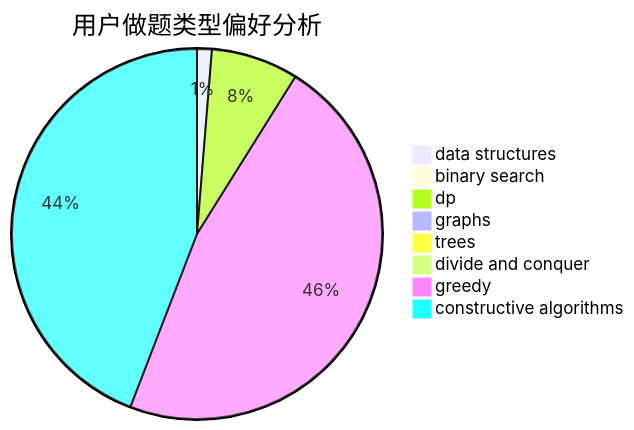
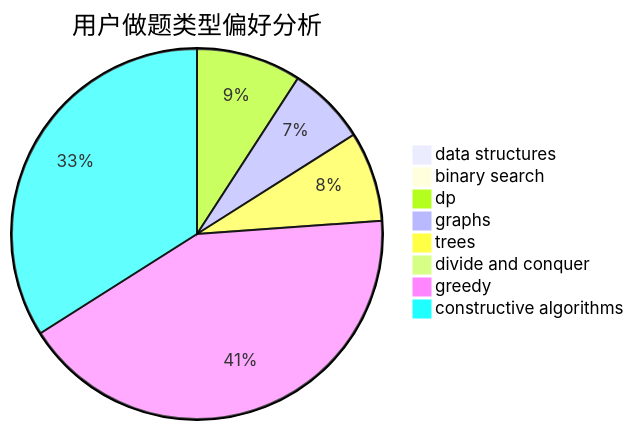
Before and after one commit to sherpahu/cfrs.github.io: the second of 3 diagrams in docs/user/u1914.md, drawn with Mermaid. The commit also changed other lines of this file and 2770 other files, not shown here.

````diff
--- a/docs/user/u1914.md
+++ b/docs/user/u1914.md
@@ -23,11 +23,11 @@
 ```mermaid
 pie title 用户做题类型偏好分析
-    "data structures" :  11
-    "binary search" :  1
-    "dp" :  65
-    "graphs" :  6
-    "trees" :  3
+    "data structures" :  3
+    "binary search" :  3
+    "dp" :  28
+    "graphs" :  21
+    "trees" :  24
     "divide and conquer" :  0
-    "greedy" :  401
-    "constructive algorithms" :  377
+    "greedy" :  129
+    "constructive algorithms" :  104
 ```
````
